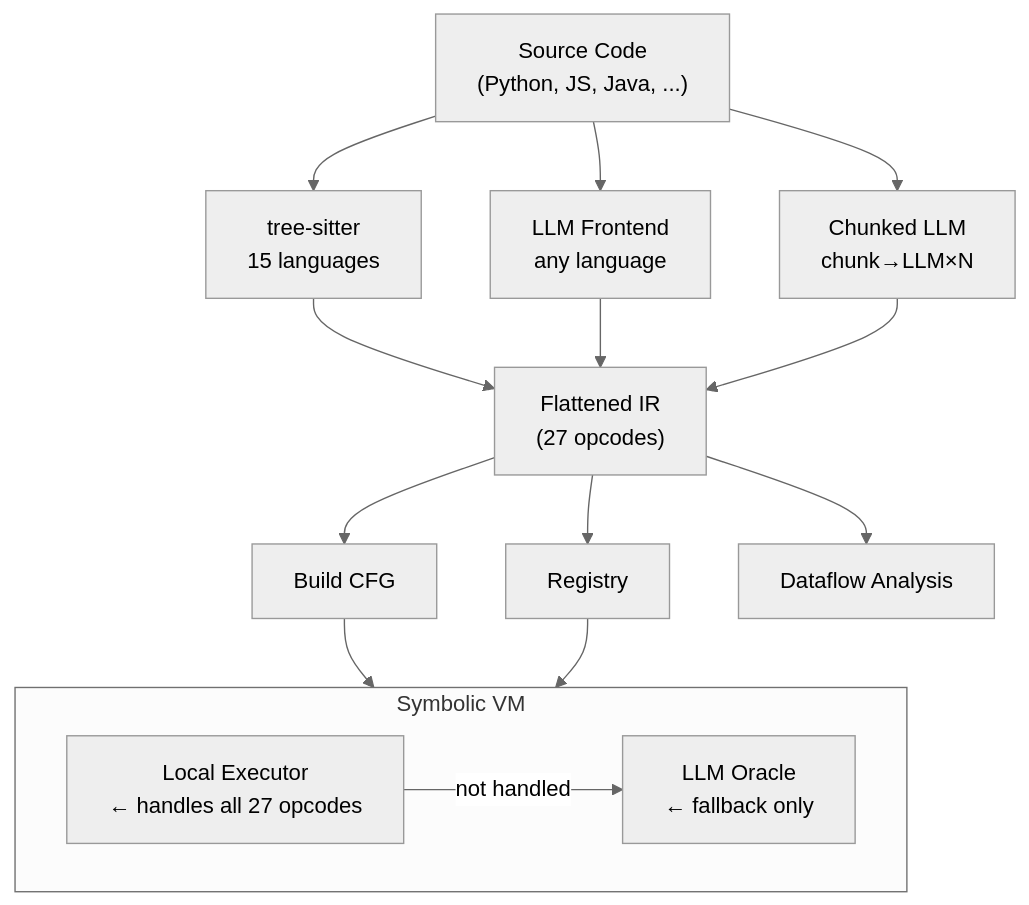
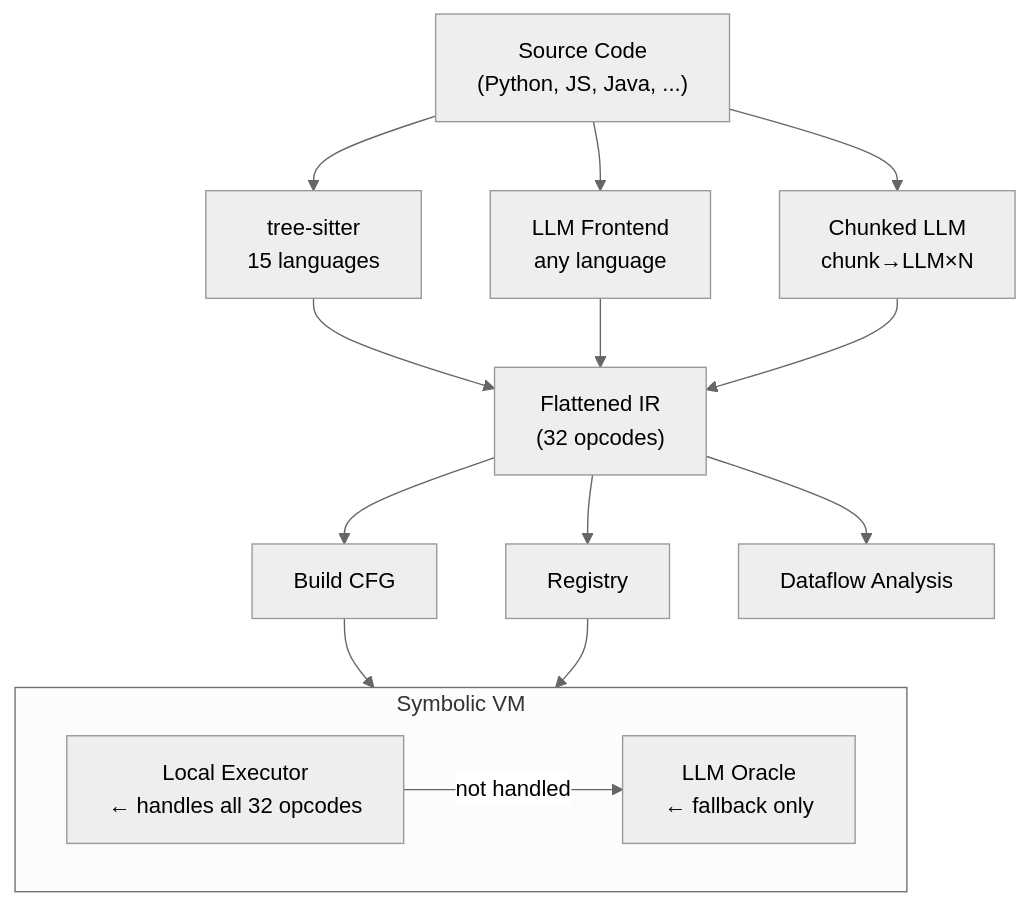
Before and after one commit to avishek-sen-gupta/red-dragon: the first of 5 diagrams in docs/notes-on-vm-design.md, drawn with Mermaid (neutral theme). The commit also changed other lines of this file and 5 other files, not shown here.

````diff
--- a/docs/notes-on-vm-design.md
+++ b/docs/notes-on-vm-design.md
@@ -34,24 +34,24 @@
 ```mermaid
 flowchart TD
     src["Source Code\n(Python, JS, Java, ...)"]
     ts["tree-sitter\n15 languages"]
     llm["LLM Frontend\nany language"]
     chunked["Chunked LLM\nchunk→LLM×N"]
-    ir["Flattened IR\n(27 opcodes)"]
+    ir["Flattened IR\n(32 opcodes)"]
     cfg["Build CFG"]
     reg["Registry"]
     df["Dataflow Analysis"]
 
     src --> ts & llm & chunked
     ts & llm & chunked --> ir
     ir --> cfg & reg & df
 
     subgraph VM ["Symbolic VM"]
-        exec["Local Executor\n← handles all 27 opcodes"]
+        exec["Local Executor\n← handles all 32 opcodes"]
         oracle["LLM Oracle\n← fallback only"]
         exec -- "not handled" --> oracle
     end
 
     cfg --> VM
     reg --> VM
 ```
````
